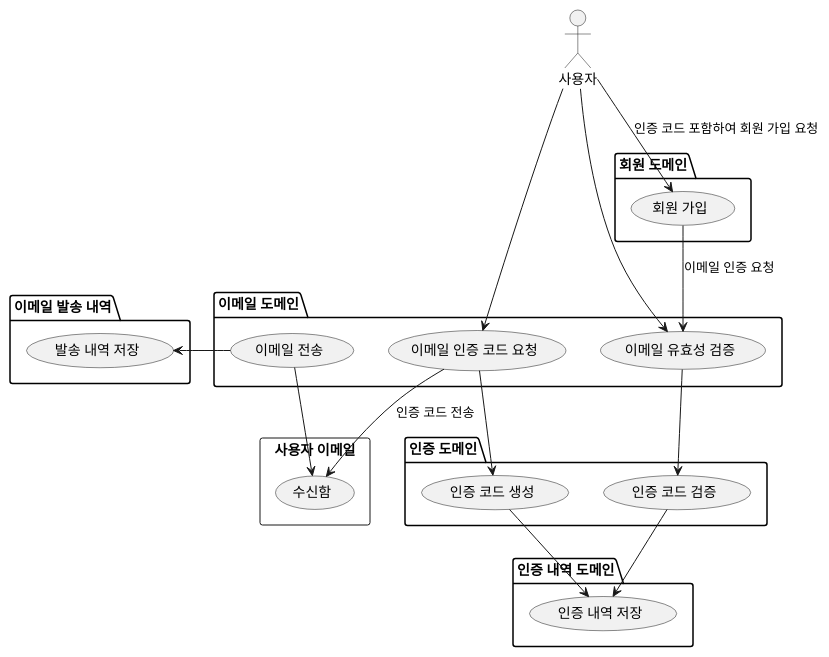
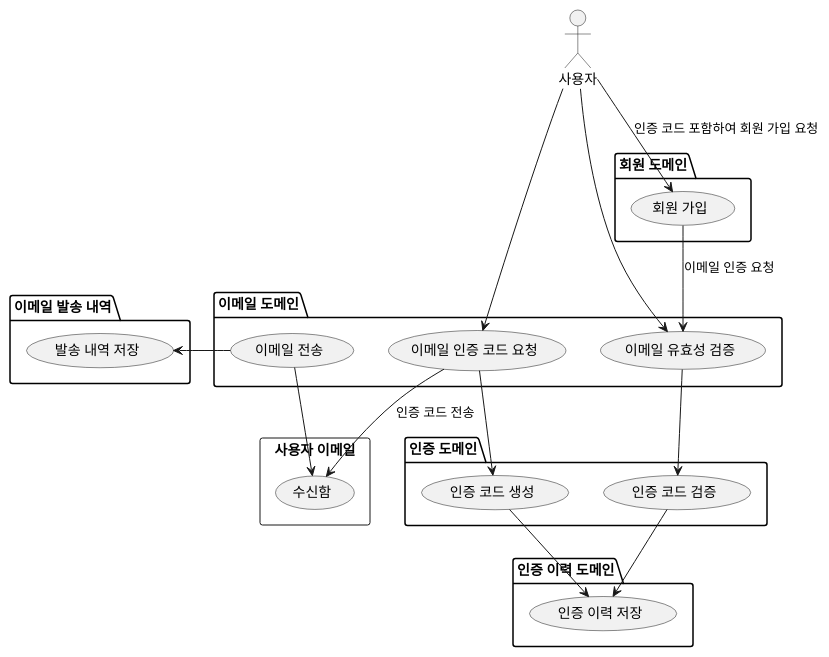
Before and after one commit to dykim-base-project/boot2-hexagonal: the diagram in .uml/UseCase.puml, drawn with PlantUML. The commit also changed 39 other files, not shown here.

```diff
--- a/.uml/UseCase.puml
+++ b/.uml/UseCase.puml
@@ -1,45 +1,45 @@
 @startuml
 
 actor 사용자
 
 package "이메일 도메인" {
   (이메일 전송)
   (이메일 인증 코드 요청)
   (이메일 유효성 검증)
 }
 
 package "이메일 발송 내역" {
     (발송 내역 저장)
 }
 
 rectangle "사용자 이메일" {
   (수신함)
 }
 
 package "회원 도메인" {
   (회원 가입)
 '  ([TBD]sns 인증 코드 요청)
 }
 
 package "인증 도메인" {
   (인증 코드 생성)
   (인증 코드 검증)
 }
 
-package "인증 내역 도메인" {
-  (인증 내역 저장)
+package "인증 이력 도메인" {
+  (인증 이력 저장)
 }
 
 (발송 내역 저장) <- (이메일 전송)
 (이메일 전송) --> (수신함)
 사용자 -> (이메일 인증 코드 요청)
 사용자 -> (이메일 유효성 검증)
 (이메일 유효성 검증) --> (인증 코드 검증)
 (이메일 인증 코드 요청) --> (인증 코드 생성)
 (이메일 인증 코드 요청) -> (수신함): 인증 코드 전송
-(인증 코드 생성) --> (인증 내역 저장)
-(인증 코드 검증) --> (인증 내역 저장)
+(인증 코드 생성) --> (인증 이력 저장)
+(인증 코드 검증) --> (인증 이력 저장)
 
 사용자 --> (회원 가입): 인증 코드 포함하여 회원 가입 요청
 (회원 가입) --> (이메일 유효성 검증): 이메일 인증 요청
 @enduml
```
